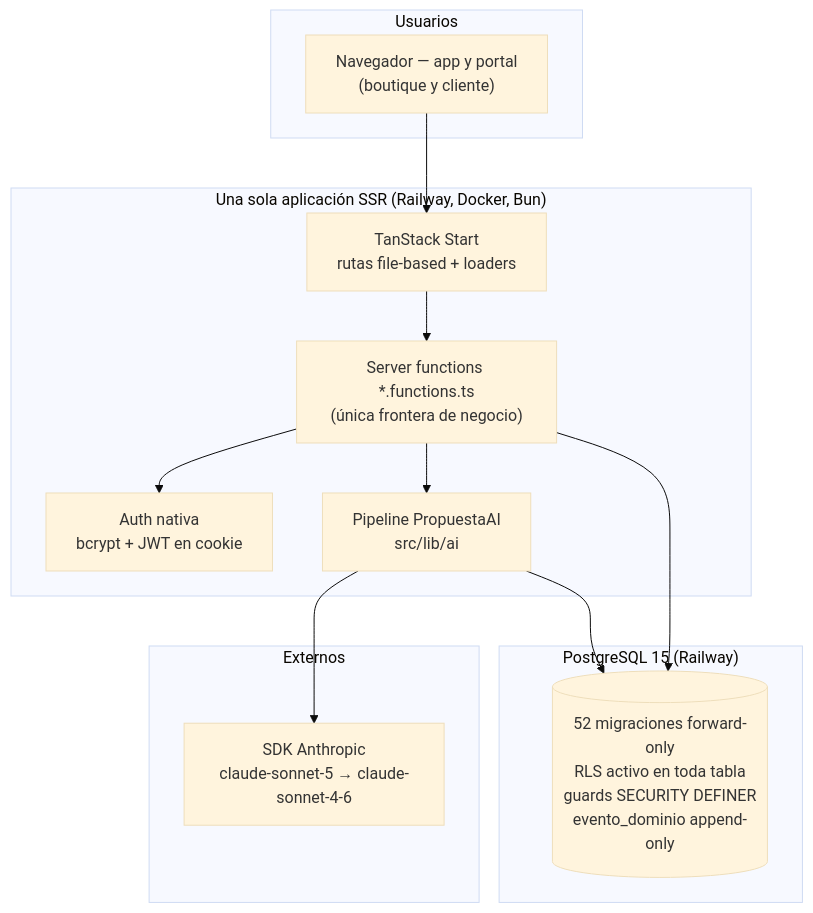
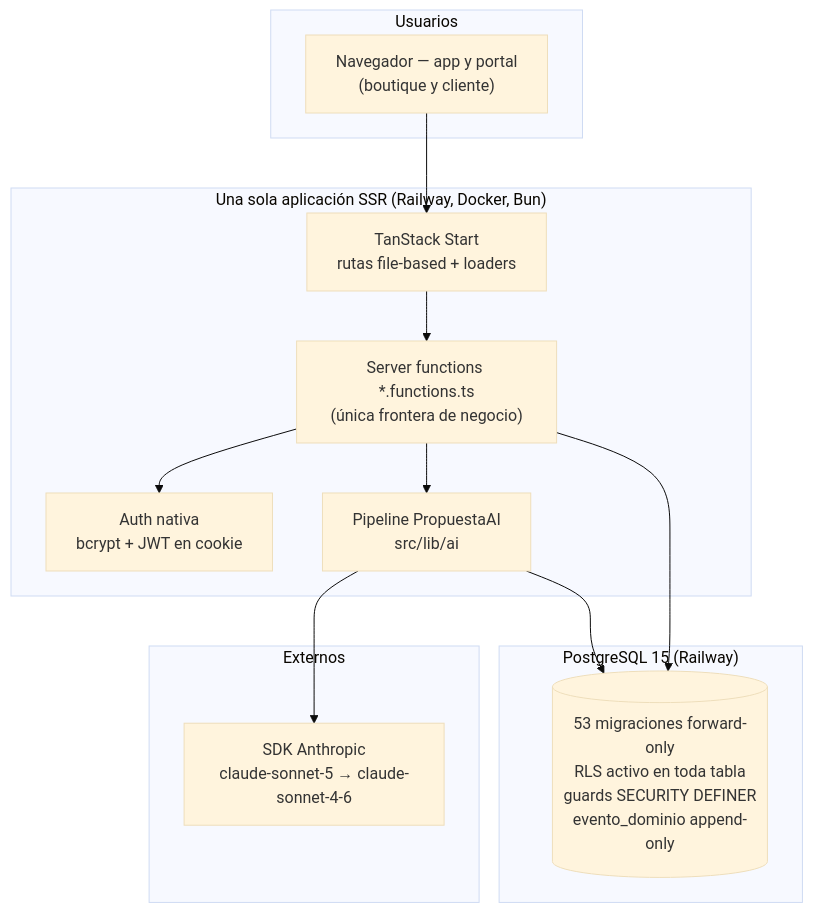
The second of 3 diagrams in docs/DESIGNIO-COMPLETE.md (jtrujillo-ws/designio-app), drawn with Mermaid (base theme) before and after one commit. The commit also changed other lines of this file, not shown here.

````diff
--- a/docs/DESIGNIO-COMPLETE.md
+++ b/docs/DESIGNIO-COMPLETE.md
@@ -203,22 +204,22 @@
 ```mermaid
 flowchart TD
   subgraph Usuarios
     B["Navegador — app y portal<br/>(boutique y cliente)"]
   end
   subgraph App["Una sola aplicación SSR (Railway, Docker, Bun)"]
     R["TanStack Start<br/>rutas file-based + loaders"]
     SF["Server functions *.functions.ts<br/>(única frontera de negocio)"]
     AUTH["Auth nativa<br/>bcrypt + JWT en cookie"]
     AI["Pipeline PropuestaAI<br/>src/lib/ai"]
   end
   subgraph Datos["PostgreSQL 15 (Railway)"]
-    PG[("52 migraciones forward-only<br/>RLS activo en toda tabla<br/>guards SECURITY DEFINER<br/>evento_dominio append-only")]
+    PG[("53 migraciones forward-only<br/>RLS activo en toda tabla<br/>guards SECURITY DEFINER<br/>evento_dominio append-only")]
   end
   subgraph Ext["Externos"]
     LLM["SDK Anthropic<br/>claude-sonnet-5 → claude-sonnet-4-6"]
   end
   B --> R --> SF --> PG
   SF --> AUTH
   SF --> AI --> LLM
   AI --> PG
 ```
````
